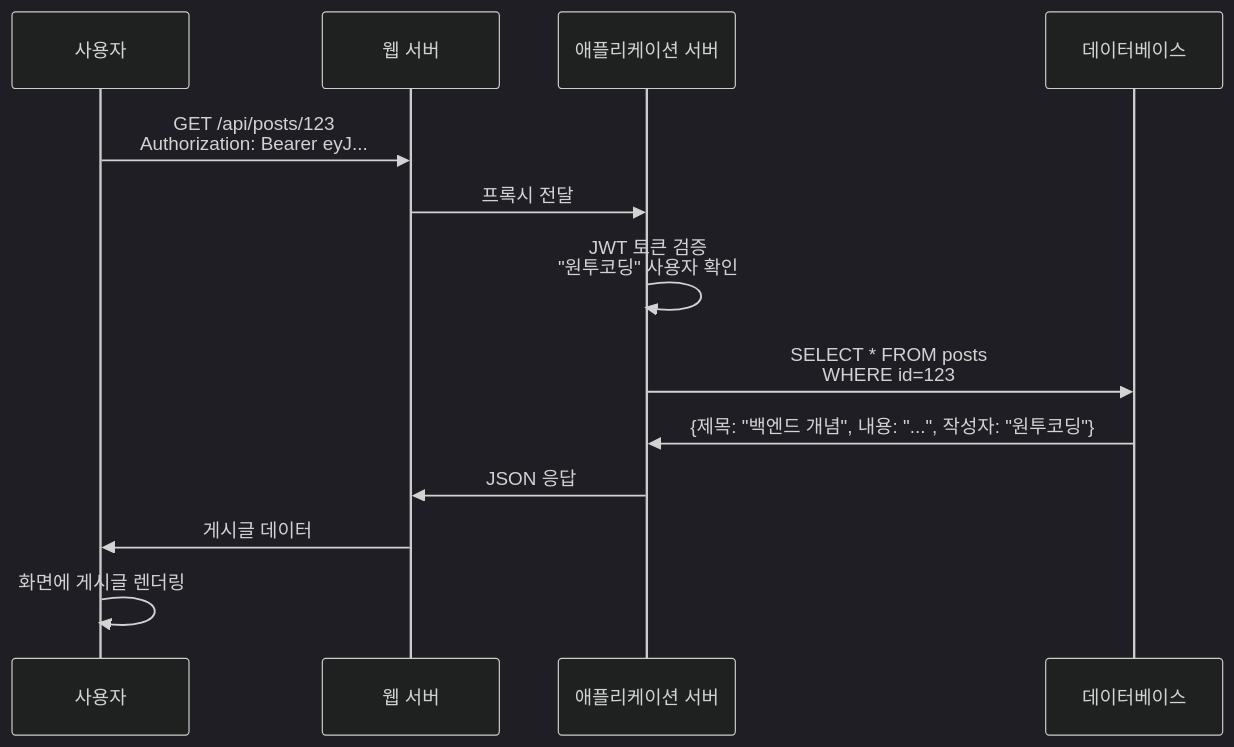
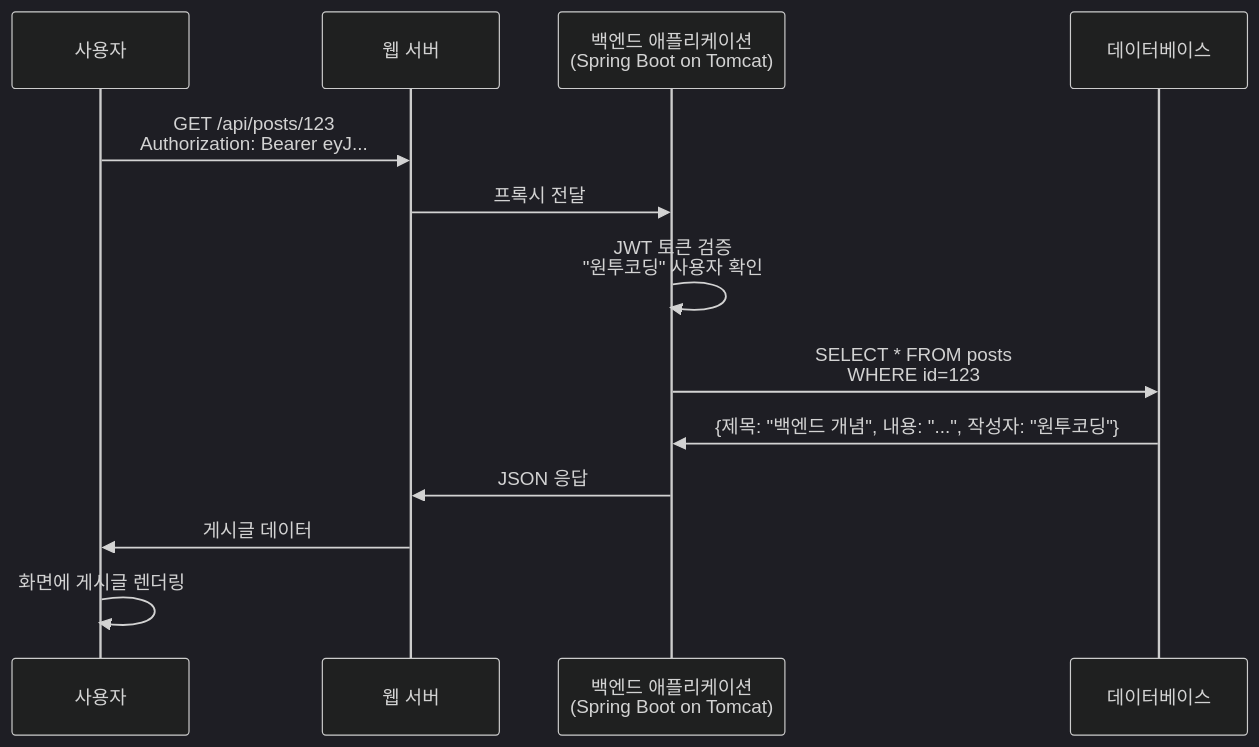
Before and after one commit to lmmj1221/senior_mhealth_lecture: the seventh of 52 diagrams in docs/backend.md, drawn with Mermaid (dark theme). The commit also changed other lines of this file, not shown here.

````diff
--- a/docs/backend.md
+++ b/docs/backend.md
@@ -416,16 +419,16 @@
 ```mermaid
 sequenceDiagram
     participant User as 사용자
     participant Web as 웹 서버
-    participant App as 애플리케이션 서버
+    participant App as 백엔드 애플리케이션<br/>(Spring Boot on Tomcat)
     participant DB as 데이터베이스
 
     User->>Web: GET /api/posts/123<br/>Authorization: Bearer eyJ...
     Web->>App: 프록시 전달
     App->>App: JWT 토큰 검증<br/>"원투코딩" 사용자 확인
     App->>DB: SELECT * FROM posts<br/>WHERE id=123
     DB->>App: {제목: "백엔드 개념", 내용: "...", 작성자: "원투코딩"}
     App->>Web: JSON 응답
     Web->>User: 게시글 데이터
     User->>User: 화면에 게시글 렌더링
 ```
````
